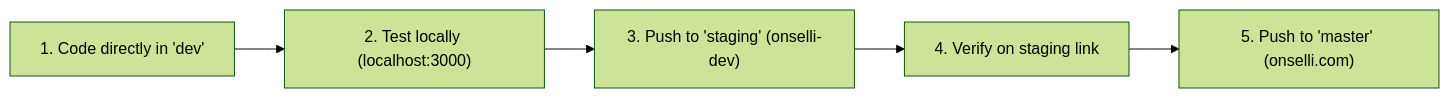
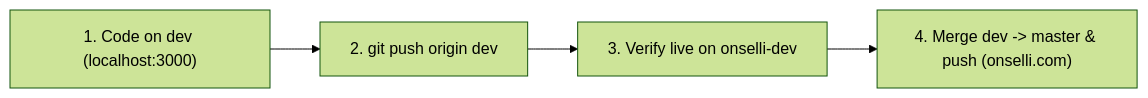
One commit to DanielBryte/onselli changed the diagram in README.md. Above: the diagram before and after it, drawn with Mermaid (forest theme). The commit also changed other lines of this file and 1 other file, not shown here.

Commit message:
docs: standardize on 2-branch solo model (dev -> staging, master -> prod)

````diff
--- a/README.md
+++ b/README.md
@@ -21,7 +20,6 @@
 ```mermaid
 flowchart LR
-    A["1. Code directly in 'dev'"] --> B["2. Test locally (localhost:3000)"]
-    B --> C["3. Push to 'staging' (onselli-dev)"]
-    C --> D["4. Verify on staging link"]
-    D --> E["5. Push to 'master' (onselli.com)"]
+    A["1. Code on dev (localhost:3000)"] --> B["2. git push origin dev"]
+    B --> C["3. Verify live on onselli-dev"]
+    C --> D["4. Merge dev -> master & push (onselli.com)"]
 ```
````
